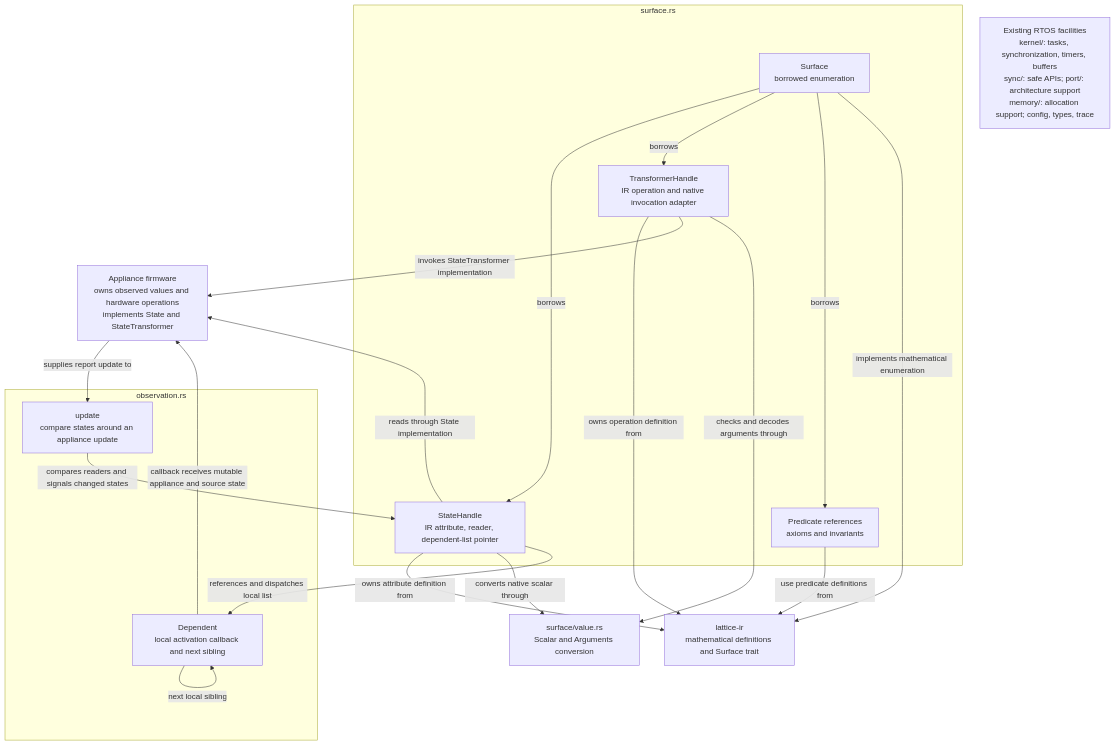
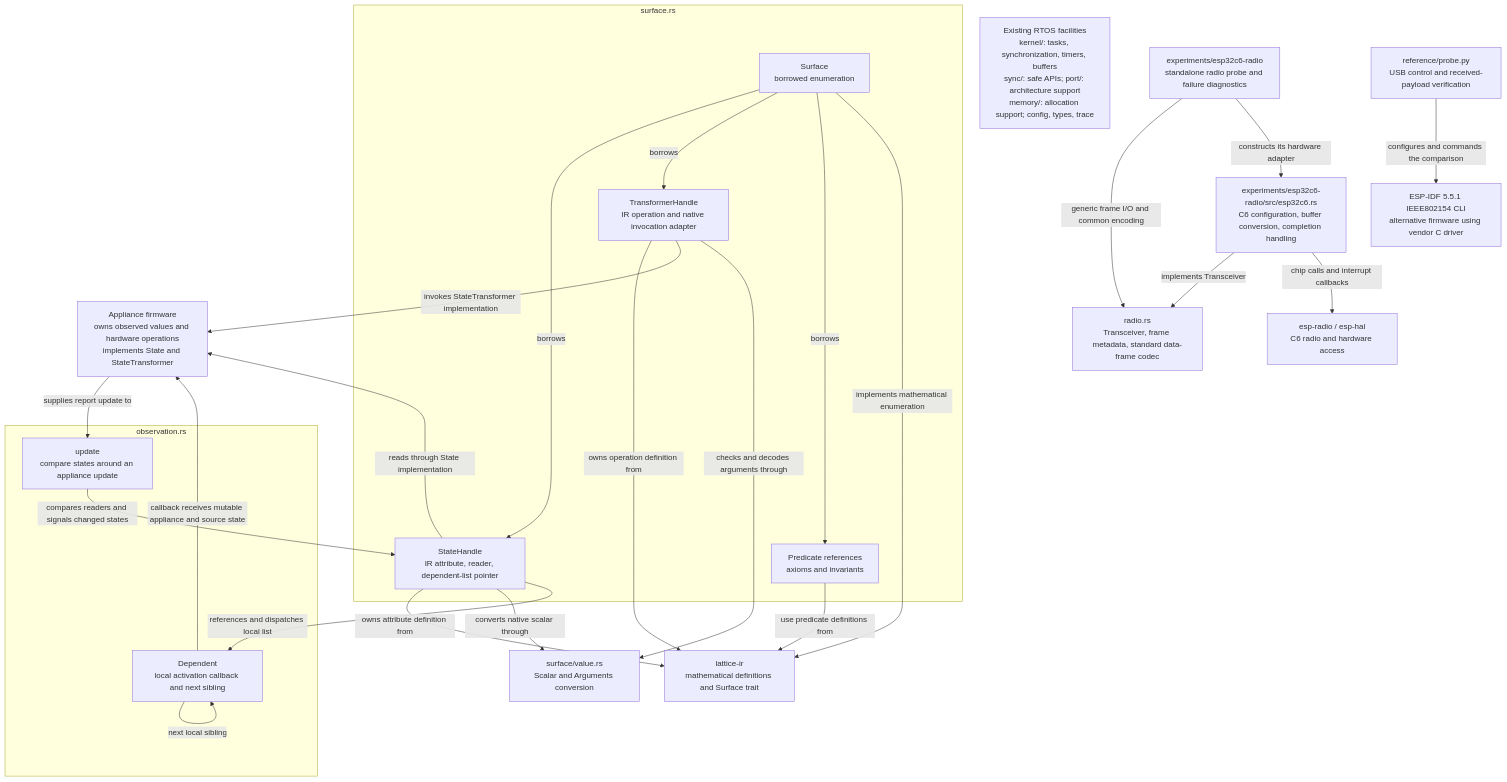
Before and after one commit to zacharytomlinson/lattice-vertex: the diagram in docs/KERNEL_DIRECTION.md, drawn with Mermaid. The commit also changed other lines of this file and 12 other files, not shown here.

````diff
--- a/docs/KERNEL_DIRECTION.md
+++ b/docs/KERNEL_DIRECTION.md
@@ -132,38 +132,49 @@
 ```mermaid
 flowchart TB
     appliance["Appliance firmware<br/>owns observed values and hardware operations<br/>implements State and StateTransformer"]
     ir["lattice-ir<br/>mathematical definitions and Surface trait"]
 
     subgraph surface_module["surface.rs"]
         enumeration["Surface<br/>borrowed enumeration"]
         state["StateHandle<br/>IR attribute, reader, dependent-list pointer"]
         transformer["TransformerHandle<br/>IR operation and native invocation adapter"]
         predicates["Predicate references<br/>axioms and invariants"]
     end
 
     values["surface/value.rs<br/>Scalar and Arguments conversion"]
 
     subgraph observation_module["observation.rs"]
         update["update<br/>compare states around an appliance update"]
         dependent["Dependent<br/>local activation callback and next sibling"]
     end
 
     rtos["Existing RTOS facilities<br/>kernel/: tasks, synchronization, timers, buffers<br/>sync/: safe APIs; port/: architecture support<br/>memory/: allocation support; config, types, trace"]
+    probe["experiments/esp32c6-radio<br/>standalone radio probe and failure diagnostics"]
+    radio_interface["radio.rs<br/>Transceiver, frame metadata, standard data-frame codec"]
+    c6_adapter["experiments/esp32c6-radio/src/esp32c6.rs<br/>C6 configuration, buffer conversion, completion handling"]
+    radio_driver["esp-radio / esp-hal<br/>C6 radio and hardware access"]
+    reference_host["reference/probe.py<br/>USB control and received-payload verification"]
+    reference_firmware["ESP-IDF 5.5.1 IEEE802154 CLI<br/>alternative firmware using vendor C driver"]
 
+    probe -->|generic frame I/O and common encoding| radio_interface
+    probe -->|constructs its hardware adapter| c6_adapter
+    c6_adapter -->|implements Transceiver| radio_interface
+    c6_adapter -->|chip calls and interrupt callbacks| radio_driver
+    reference_host -->|configures and commands the comparison| reference_firmware
     enumeration -->|borrows| state
     enumeration -->|borrows| transformer
     enumeration -->|borrows| predicates
     enumeration -->|implements mathematical enumeration| ir
     state -->|owns attribute definition from| ir
     transformer -->|owns operation definition from| ir
     predicates -->|use predicate definitions from| ir
     state -->|reads through State implementation| appliance
     transformer -->|invokes StateTransformer implementation| appliance
     state -->|converts native scalar through| values
     transformer -->|checks and decodes arguments through| values
     appliance -->|supplies report update to| update
     update -->|compares readers and signals changed states| state
     state -->|references and dispatches local list| dependent
     dependent -->|next local sibling| dependent
     dependent -->|callback receives mutable appliance and source state| appliance
 ```
````
